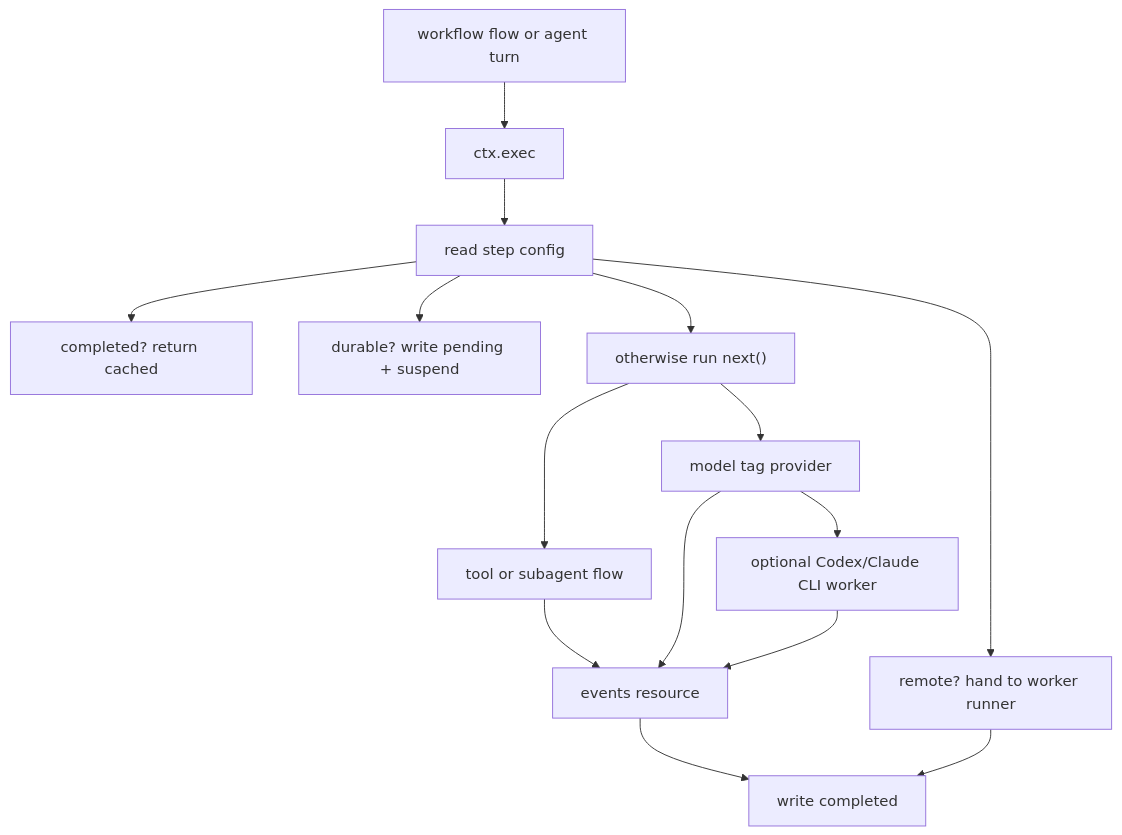
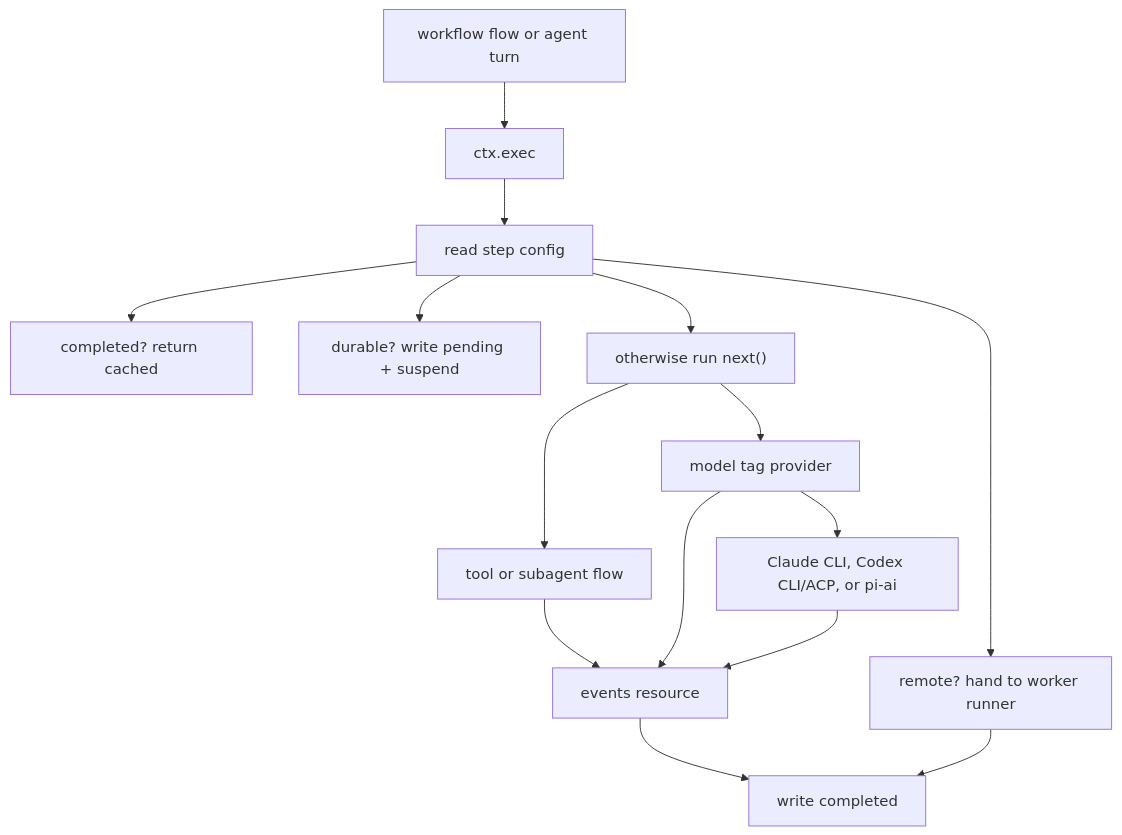
The diagram in pkg/sdk/core/README.md (pumped-fn/pumped-fn), drawn with Mermaid before and after one commit. The commit also changed other lines of this file and 53 other files, not shown here.

````diff
--- a/pkg/sdk/core/README.md
+++ b/pkg/sdk/core/README.md
@@ -38,17 +38,17 @@
 ```mermaid
 flowchart TD
   Root["workflow flow or agent turn"] --> Exec["ctx.exec"]
   Exec --> Config["read step config"]
   Config --> Replay["completed? return cached"]
   Config --> Durable["durable? write pending + suspend"]
   Config --> Remote["remote? hand to worker runner"]
   Config --> Local["otherwise run next()"]
   Local --> Tool["tool or subagent flow"]
   Local --> Model["model tag provider"]
-  Model --> CLI["optional Codex/Claude CLI worker"]
+  Model --> Provider["Claude CLI, Codex CLI/ACP, or pi-ai"]
   Tool --> Events["events resource"]
   Model --> Events
-  CLI --> Events
+  Provider --> Events
   Events --> Log["write completed"]
   Remote --> Log
 ```
````
